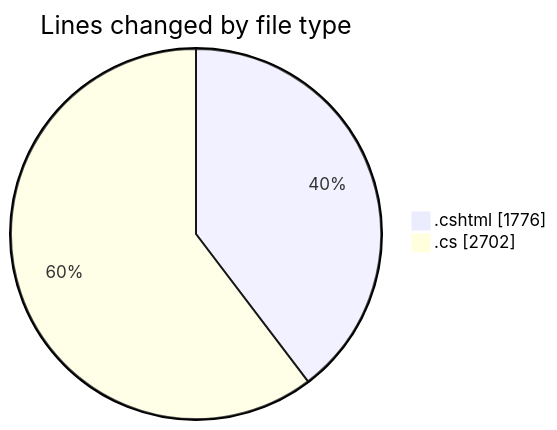
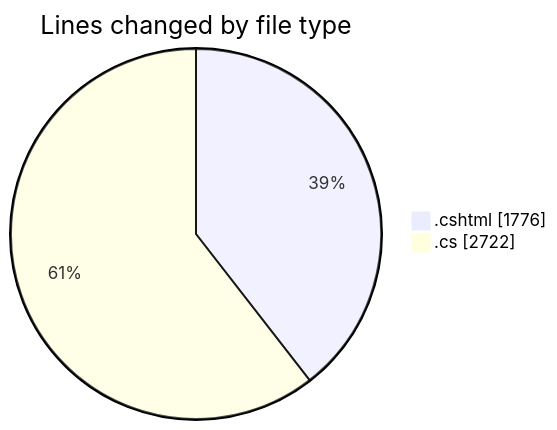
The first of 2 diagrams in 2025-07-17/nhahang/README.md (lephambinh05/code-tracking), drawn with Mermaid before and after one commit. The commit also changed other lines of this file and 1 other file, not shown here.

````diff
--- a/2025-07-17/nhahang/README.md
+++ b/2025-07-17/nhahang/README.md
@@ -66,6 +66,6 @@
 ```mermaid
 pie showData
 title Lines changed by file type
 ".cshtml" : 1776
-".cs" : 2702
+".cs" : 2722
 ```
````
